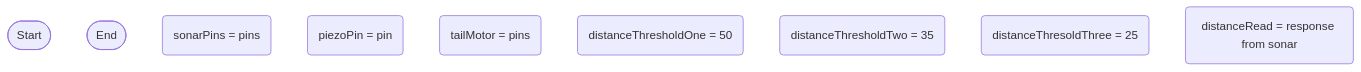
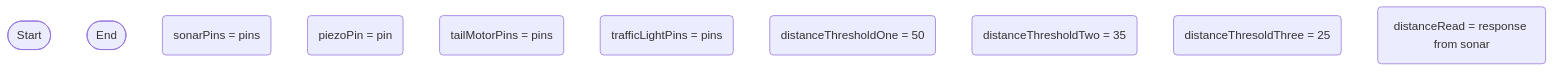
The diagram in logic.md (Deltace05/SmartDog), drawn with Mermaid before and after one commit.

````diff
--- a/logic.md
+++ b/logic.md
@@ -1,12 +1,13 @@
 ```mermaid
 flowchart TD
 terminalStart([Start])
 terminalEnd([End])
 setSonarRead(sonarPins = pins)
 setPiezoPin(piezoPin = pin)
-setTail(tailMotor = pins)
+setTail(tailMotorPins = pins)
+setLight(trafficLightPins = pins)
 thresholdSetOne(distanceThresholdOne = 50)
 thresholdSetTwo(distanceThresholdTwo = 35)
 thresholdSetThree(distanceThresoldThree = 25)
 currentDistanceReading(distanceRead = response from sonar)
 ```
````
